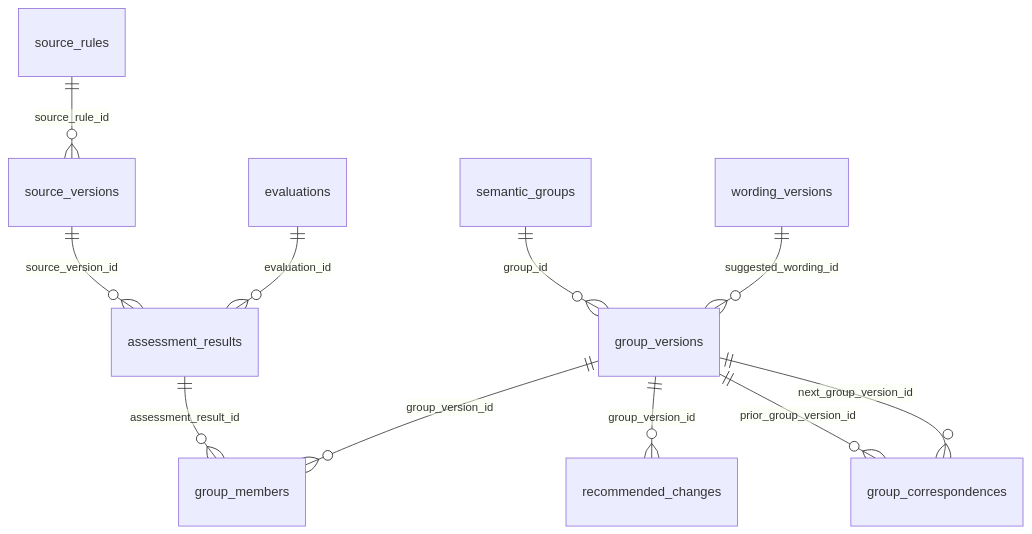
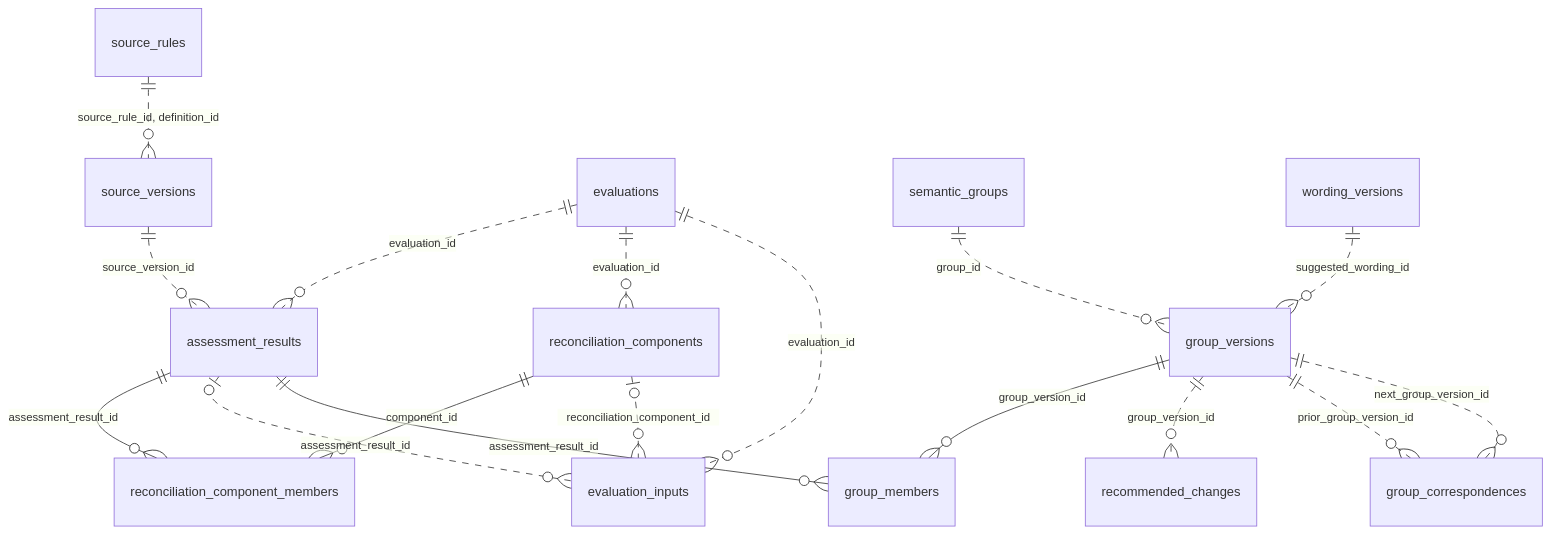
The third of 9 diagrams in hosted_copilot/docs/WORKBENCH_SQLITE_V1_DESIGN.md (WodansSon/terraform-azurerm-ai-assisted-development), drawn with Mermaid before and after one commit. The commit also changed other lines of this file and 85 other files, not shown here.

````diff
--- a/hosted_copilot/docs/WORKBENCH_SQLITE_V1_DESIGN.md
+++ b/hosted_copilot/docs/WORKBENCH_SQLITE_V1_DESIGN.md
@@ -648,13 +1391,19 @@
 ```mermaid
 erDiagram
-    source_rules ||--o{ source_versions : source_rule_id
-    source_versions ||--o{ assessment_results : source_version_id
-    evaluations ||--o{ assessment_results : evaluation_id
-    semantic_groups ||--o{ group_versions : group_id
-    group_versions ||--o{ group_members : group_version_id
-    assessment_results ||--o{ group_members : assessment_result_id
-    wording_versions ||--o{ group_versions : suggested_wording_id
-    group_versions ||--o{ recommended_changes : group_version_id
-    group_versions ||--o{ group_correspondences : prior_group_version_id
-    group_versions ||--o{ group_correspondences : next_group_version_id
+  source_rules ||..o{ source_versions : "source_rule_id, definition_id"
+  source_versions ||..o{ assessment_results : source_version_id
+  evaluations ||..o{ assessment_results : evaluation_id
+  evaluations ||..o{ reconciliation_components : evaluation_id
+  reconciliation_components ||--o{ reconciliation_component_members : component_id
+  assessment_results ||--o{ reconciliation_component_members : assessment_result_id
+  evaluations ||..o{ evaluation_inputs : evaluation_id
+  assessment_results |o..o{ evaluation_inputs : assessment_result_id
+  reconciliation_components |o..o{ evaluation_inputs : reconciliation_component_id
+  semantic_groups ||..o{ group_versions : group_id
+  group_versions ||--o{ group_members : group_version_id
+  assessment_results ||--o{ group_members : assessment_result_id
+  wording_versions ||..o{ group_versions : suggested_wording_id
+  group_versions ||..o{ recommended_changes : group_version_id
+  group_versions ||..o{ group_correspondences : prior_group_version_id
+  group_versions ||..o{ group_correspondences : next_group_version_id
 ```
````
